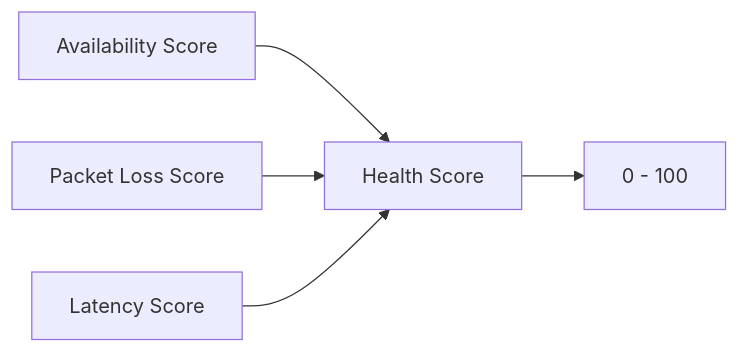
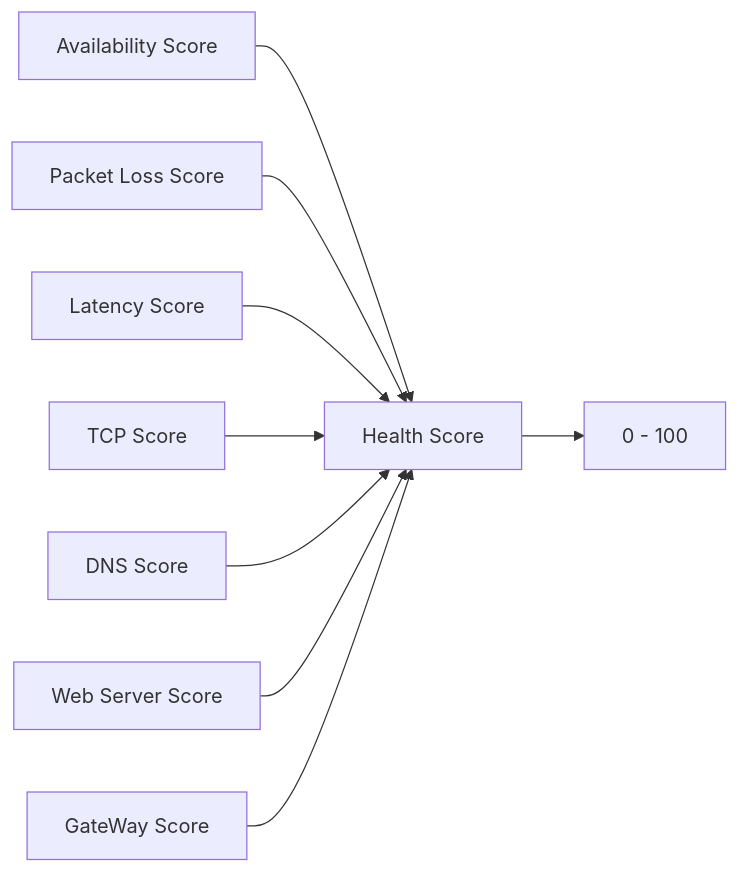
One commit to husseiny8/Network_Monitoring changed the third of 4 diagrams in README.md. Above: the diagram before and after it, drawn with Mermaid. The commit also changed other lines of this file, not shown here.

````diff
--- a/README.md
+++ b/README.md
@@ -447,7 +427,11 @@
 ```mermaid
 flowchart LR
     A[Availability Score] --> D[Health Score]
     B[Packet Loss Score] --> D
     C[Latency Score] --> D
-    D --> E[0 - 100]
+    E[TCP Score] --> D
+    F[DNS Score] --> D
+    G[Web Server Score] --> D
+    V[GateWay Score] --> D
+    D --> H[0 - 100]
 ```
````
